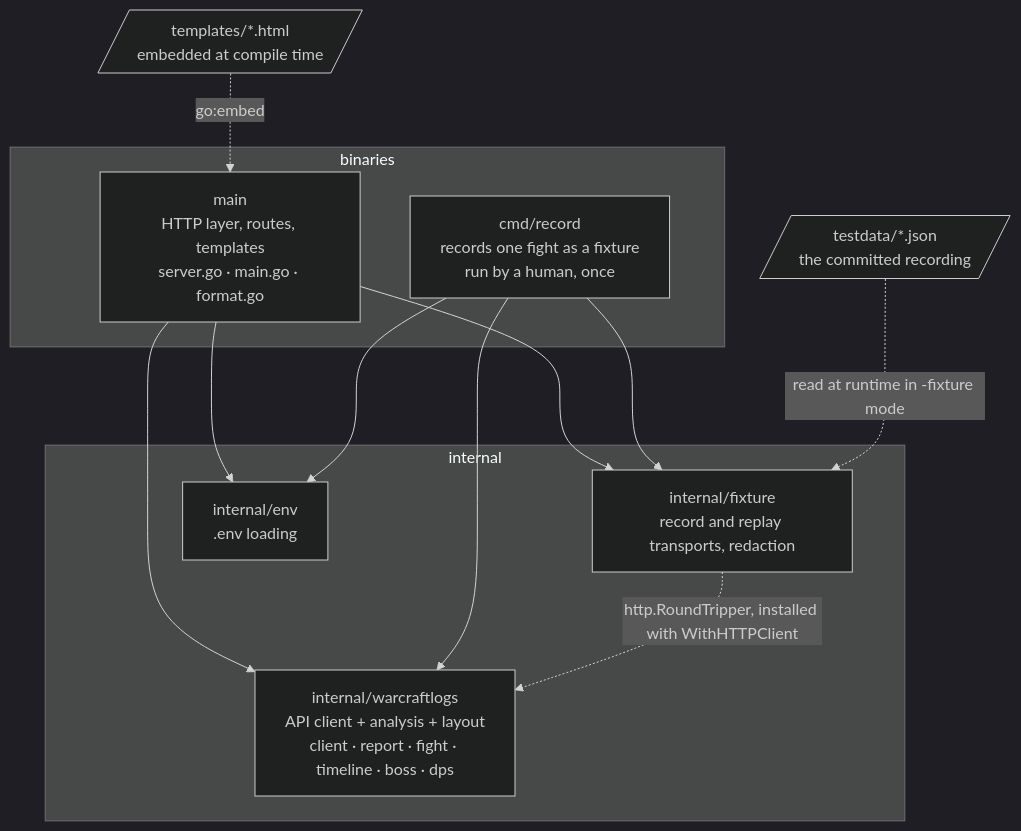
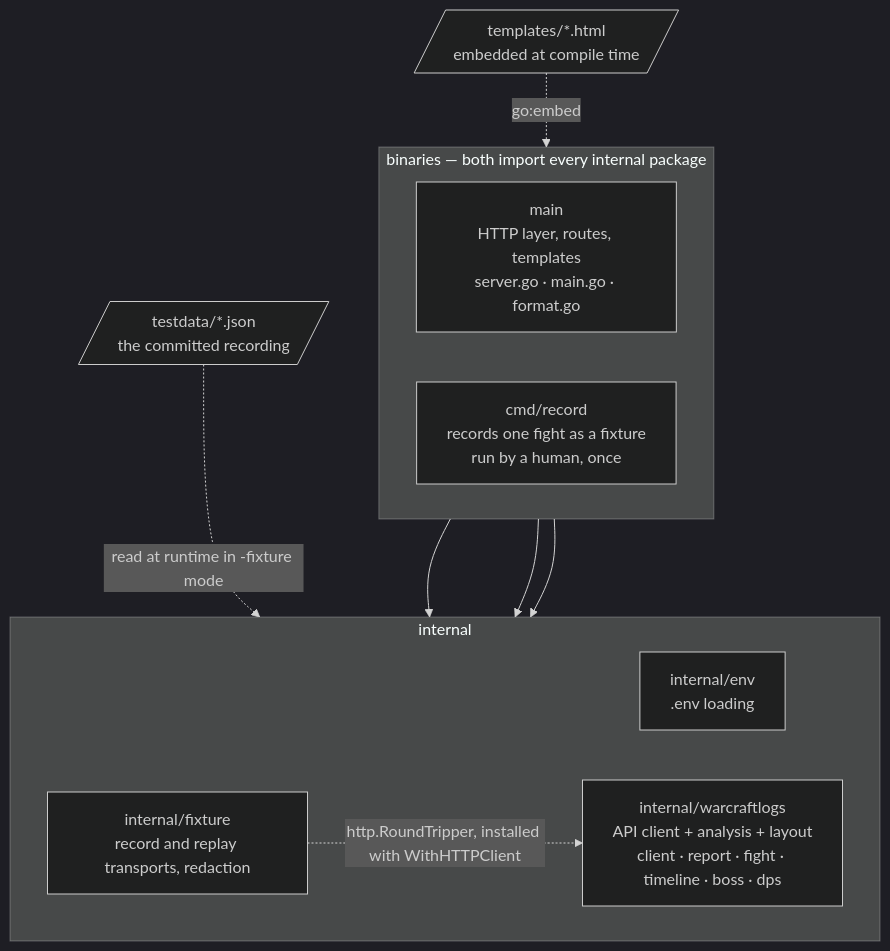
The second of 3 diagrams in ARCHITECTURE.md (Gabriel2048/wow-insights), drawn with Mermaid (dark theme) before and after one commit. The commit also changed other lines of this file and 1 other file, not shown here.

Commit message:
Draw the binaries' shared imports once, from the group
main and cmd/record import the same three packages, so six edges from
two boxes to three could not be routed without crossings. The fan-out is
now one edge per target from the binaries subgraph, and the test expands
an edge touching a subgraph to one per package inside it.

Claude-Session: https://claude.ai/code/session_01BQKntxwDvnhuBFrsNmRnie

````diff
--- a/ARCHITECTURE.md
+++ b/ARCHITECTURE.md
@@ -43,26 +44,27 @@
 ```mermaid
 flowchart TB
     %% verified: package graph
-    subgraph binaries
+    templates[/"templates/*.html<br/>embedded at compile time"/]
+    testdata[/"testdata/*.json<br/>the committed recording"/]
+
+    subgraph binaries["binaries — both import every internal package"]
+        direction LR
         main["main<br/>HTTP layer, routes, templates<br/>server.go · main.go · format.go"]
         record["cmd/record<br/>records one fight as a fixture<br/>run by a human, once"]
     end
+
     subgraph internal
+        direction LR
+        env["internal/env<br/>.env loading"]
+        fixture["internal/fixture<br/>record and replay transports, redaction"]
         warcraftlogs["internal/warcraftlogs<br/>API client + analysis + layout<br/>client · report · fight · timeline · boss · dps"]
-        fixture["internal/fixture<br/>record and replay transports, redaction"]
-        env["internal/env<br/>.env loading"]
     end
-    templates[/"templates/*.html<br/>embedded at compile time"/]
-    testdata[/"testdata/*.json<br/>the committed recording"/]
 
-    main --> warcraftlogs
-    main --> fixture
-    main --> env
-    record --> warcraftlogs
-    record --> fixture
-    record --> env
+    binaries --> env
+    binaries --> fixture
+    binaries --> warcraftlogs
 
     templates -.->|"go:embed"| main
     testdata -.->|"read at runtime in -fixture mode"| fixture
     fixture -.->|"http.RoundTripper, installed with WithHTTPClient"| warcraftlogs
 ```
````
